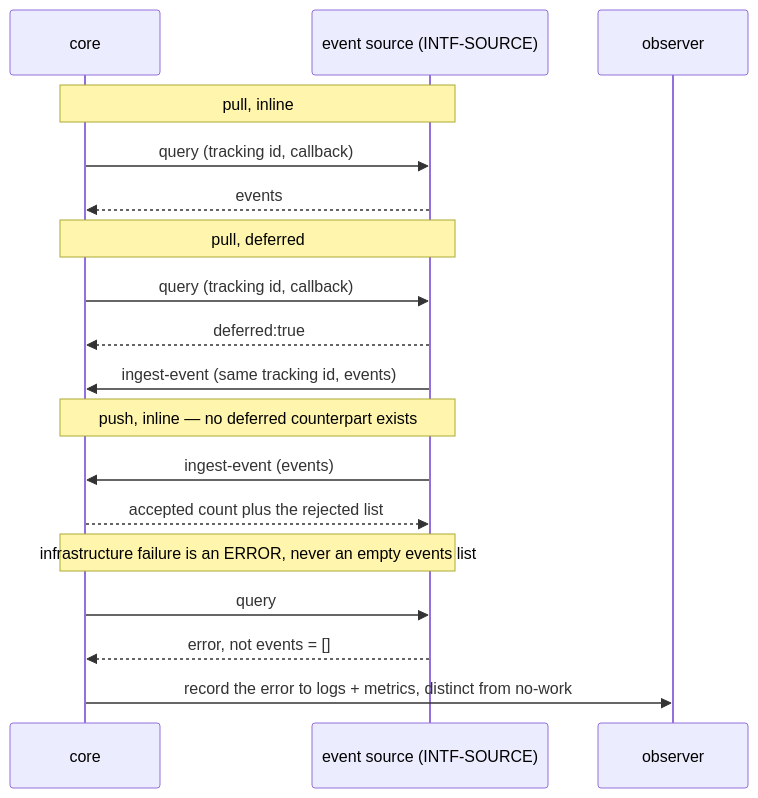
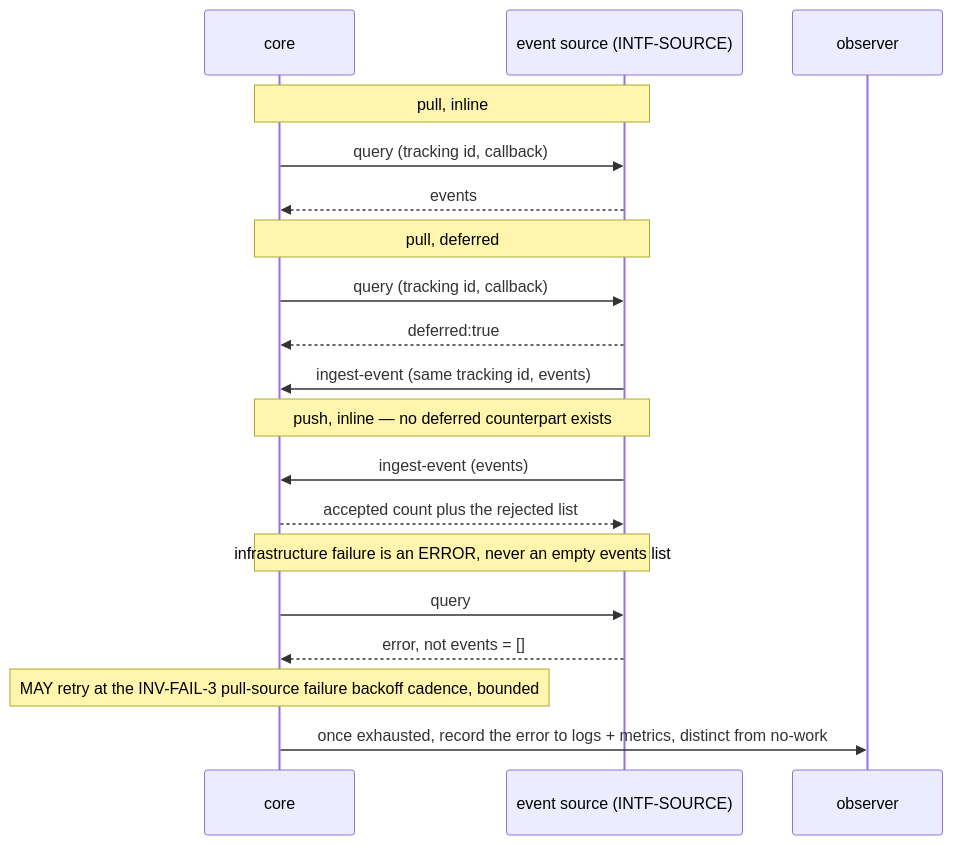
The fourth of 18 diagrams in packages/pr-pool/docs/behavior/journeys.md (phillipgreenii/nix-agent-support), drawn with Mermaid before and after one commit. The commit also changed other lines of this file and 16 other files, not shown here.

First line of the commit message:
pr-pool: define retry cadence for handler re-offers and pull-source failures (pg2-0c8yz)

````diff
--- a/packages/pr-pool/docs/behavior/journeys.md
+++ b/packages/pr-pool/docs/behavior/journeys.md
@@ -318,20 +323,21 @@
 ```mermaid
 sequenceDiagram
     participant CORE as core
     participant SRC as event source (INTF-SOURCE)
     participant OBS as observer
     Note over CORE,SRC: pull, inline
     CORE->>SRC: query (tracking id, callback)
     SRC-->>CORE: events
     Note over CORE,SRC: pull, deferred
     CORE->>SRC: query (tracking id, callback)
     SRC-->>CORE: deferred:true
     SRC->>CORE: ingest-event (same tracking id, events)
     Note over CORE,SRC: push, inline — no deferred counterpart exists
     SRC->>CORE: ingest-event (events)
     CORE-->>SRC: accepted count plus the rejected list
     Note over CORE,SRC: infrastructure failure is an ERROR, never an empty events list
     CORE->>SRC: query
     SRC-->>CORE: error, not events = []
-    CORE->>OBS: record the error to logs + metrics, distinct from no-work
+    Note over CORE: MAY retry at the INV-FAIL-3 pull-source failure backoff cadence, bounded
+    CORE->>OBS: once exhausted, record the error to logs + metrics, distinct from no-work
 ```
````
